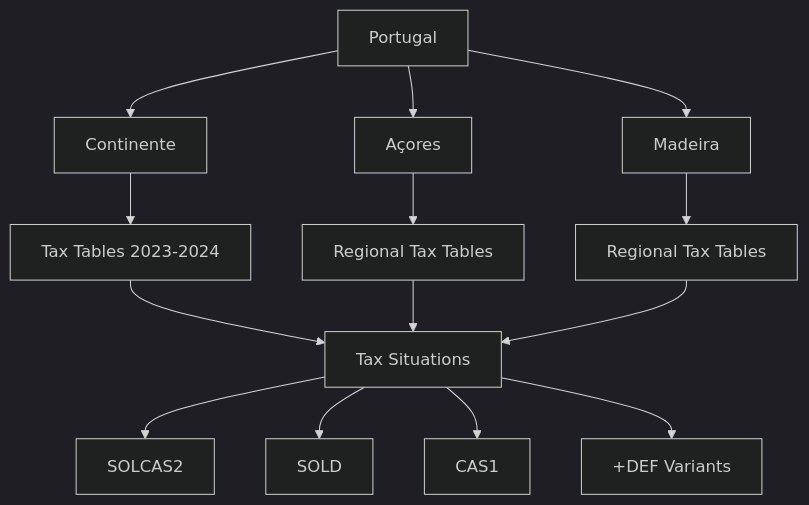
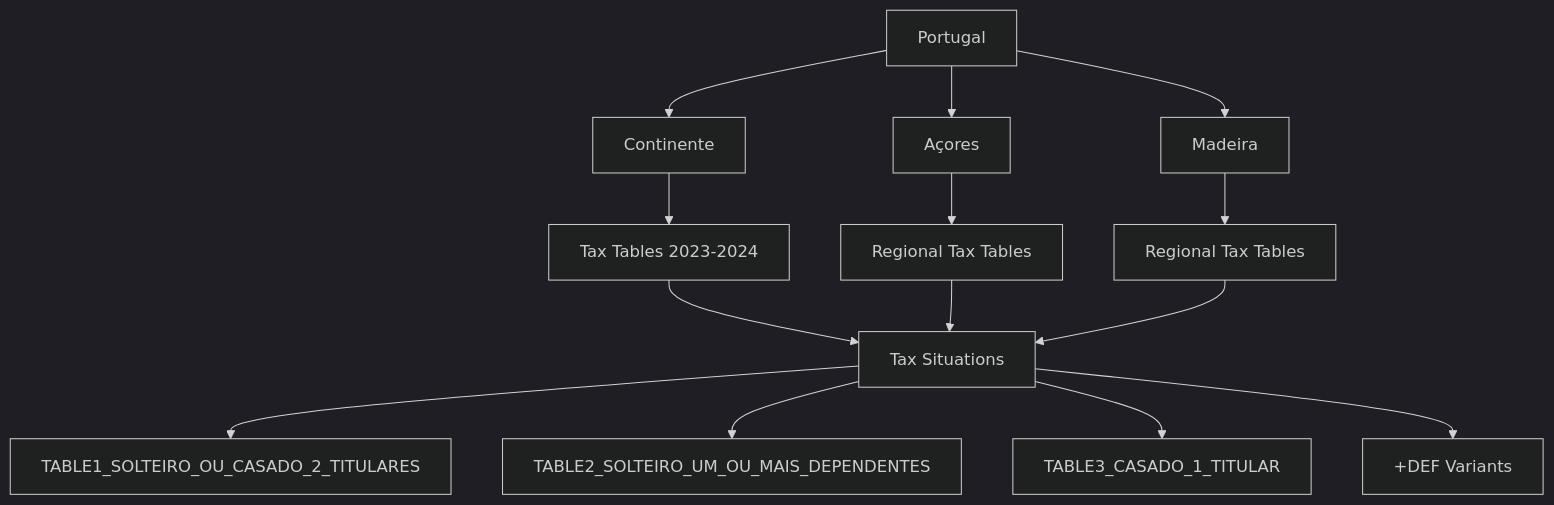
The sixth of 6 diagrams in docs/src/content/mermaid.mdx (franciscobmacedo/saldo), drawn with Mermaid (dark theme) before and after one commit. The commit also changed other lines of this file and 26 other files, not shown here.

````diff
--- a/docs/src/content/mermaid.mdx
+++ b/docs/src/content/mermaid.mdx
@@ -181,19 +181,19 @@
 ```mermaid
 graph TD
     Portugal[Portugal] --> Continente[Continente]
     Portugal --> Acores[Açores]
     Portugal --> Madeira[Madeira]
     
     Continente --> ContTables[Tax Tables 2023-2024]
     Acores --> AcoresTables[Regional Tax Tables]
     Madeira --> MadeiraTables[Regional Tax Tables]
     
     ContTables --> Situations[Tax Situations]
     AcoresTables --> Situations
     MadeiraTables --> Situations
     
-    Situations --> SOLCAS2_Table[SOLCAS2]
-    Situations --> SOLD_Table[SOLD]
-    Situations --> CAS1_Table[CAS1]
+    Situations --> TABLE1_Table[TABLE1_SOLTEIRO_OU_CASADO_2_TITULARES]
+    Situations --> TABLE2_Table[TABLE2_SOLTEIRO_UM_OU_MAIS_DEPENDENTES]
+    Situations --> TABLE3_Table[TABLE3_CASADO_1_TITULAR]
     Situations --> Disability_Tables[+DEF Variants]
 ```
````
